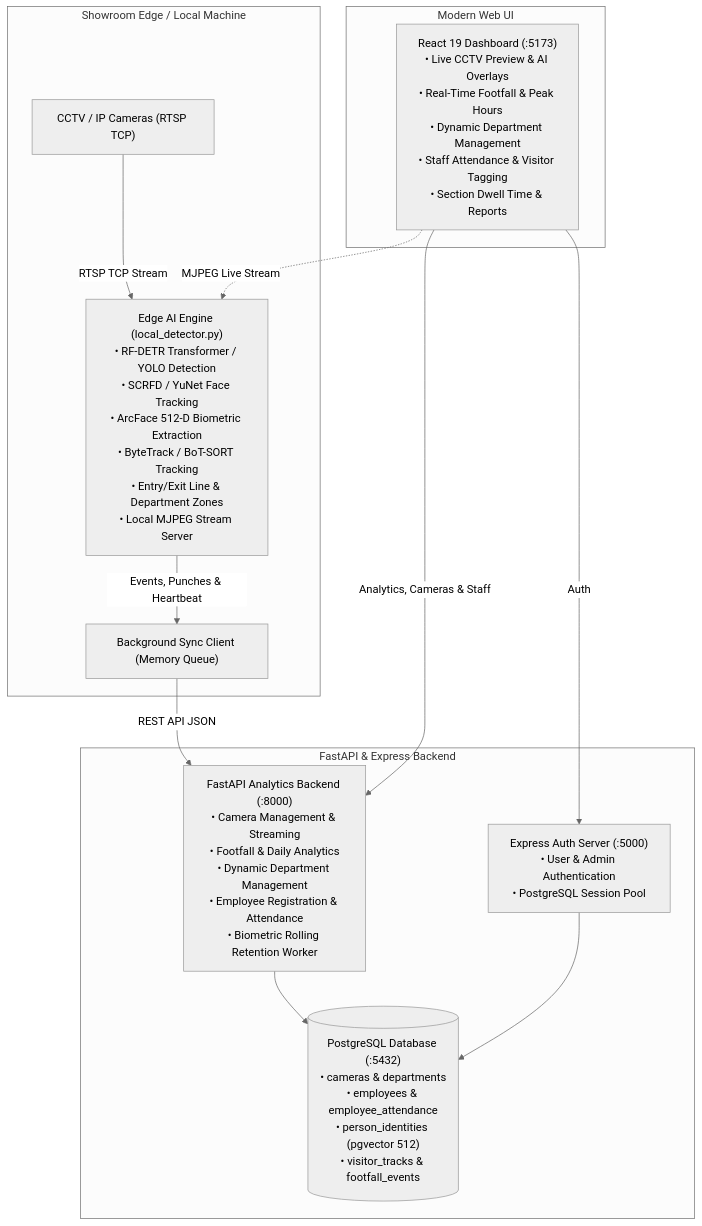
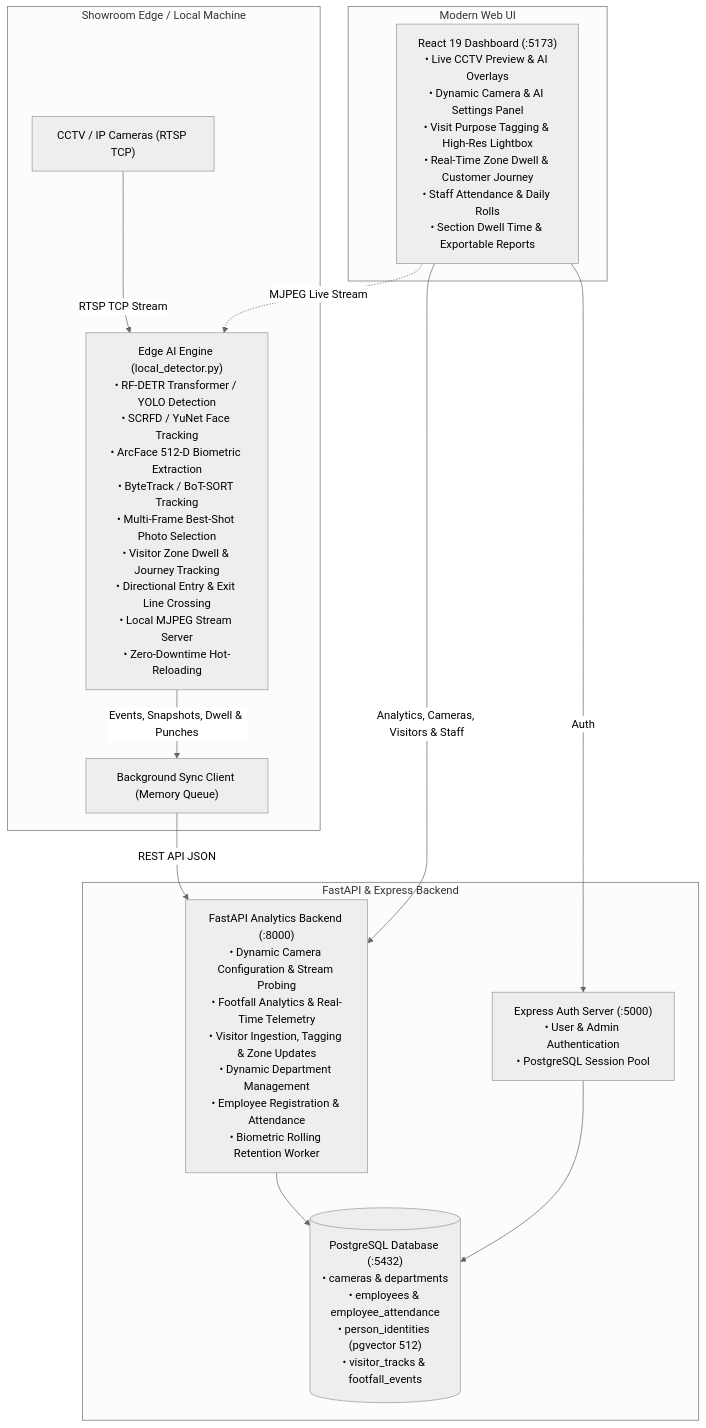
Before and after one commit to sujitctpl/jms-tech: the diagram in README.md, drawn with Mermaid (neutral theme). The commit also changed other lines of this file and 31 other files, not shown here.

Commit message:
tagging and visitor pipeline

````diff
--- a/README.md
+++ b/README.md
@@ -11,27 +11,27 @@
 ```mermaid
 graph TD
     subgraph Edge Layer [Showroom Edge / Local Machine]
         CCTV["CCTV / IP Cameras (RTSP TCP)"]
-        Detector["Edge AI Engine (local_detector.py)\n• RF-DETR Transformer / YOLO Detection\n• SCRFD / YuNet Face Tracking\n• ArcFace 512-D Biometric Extraction\n• ByteTrack / BoT-SORT Tracking\n• Entry/Exit Line & Department Zones\n• Local MJPEG Stream Server"]
+        Detector["Edge AI Engine (local_detector.py)\n• RF-DETR Transformer / YOLO Detection\n• SCRFD / YuNet Face Tracking\n• ArcFace 512-D Biometric Extraction\n• ByteTrack / BoT-SORT Tracking\n• Multi-Frame Best-Shot Photo Selection\n• Visitor Zone Dwell & Journey Tracking\n• Directional Entry & Exit Line Crossing\n• Local MJPEG Stream Server\n• Zero-Downtime Hot-Reloading"]
         SyncQueue["Background Sync Client (Memory Queue)"]
     end
 
     subgraph Backend Layer [FastAPI & Express Backend]
-        API["FastAPI Analytics Backend (:8000)\n• Camera Management & Streaming\n• Footfall & Daily Analytics\n• Dynamic Department Management\n• Employee Registration & Attendance\n• Biometric Rolling Retention Worker"]
+        API["FastAPI Analytics Backend (:8000)\n• Dynamic Camera Configuration & Stream Probing\n• Footfall Analytics & Real-Time Telemetry\n• Visitor Ingestion, Tagging & Zone Updates\n• Dynamic Department Management\n• Employee Registration & Attendance\n• Biometric Rolling Retention Worker"]
         AuthSrv["Express Auth Server (:5000)\n• User & Admin Authentication\n• PostgreSQL Session Pool"]
         DB[("PostgreSQL Database (:5432)\n• cameras & departments\n• employees & employee_attendance\n• person_identities (pgvector 512)\n• visitor_tracks & footfall_events")]
     end
 
     subgraph Client Layer [Modern Web UI]
-        Dashboard["React 19 Dashboard (:5173)\n• Live CCTV Preview & AI Overlays\n• Real-Time Footfall & Peak Hours\n• Dynamic Department Management\n• Staff Attendance & Visitor Tagging\n• Section Dwell Time & Reports"]
+        Dashboard["React 19 Dashboard (:5173)\n• Live CCTV Preview & AI Overlays\n• Dynamic Camera & AI Settings Panel\n• Visit Purpose Tagging & High-Res Lightbox\n• Real-Time Zone Dwell & Customer Journey\n• Staff Attendance & Daily Rolls\n• Section Dwell Time & Exportable Reports"]
     end
 
     CCTV -->|RTSP TCP Stream| Detector
-    Detector -->|Events, Punches & Heartbeat| SyncQueue
+    Detector -->|Events, Snapshots, Dwell & Punches| SyncQueue
     SyncQueue -->|REST API JSON| API
     API --> DB
     AuthSrv --> DB
-    Dashboard -->|Analytics, Cameras & Staff| API
+    Dashboard -->|Analytics, Cameras, Visitors & Staff| API
     Dashboard -->|Auth| AuthSrv
     Dashboard -.->|MJPEG Live Stream| Detector
 ```
````
